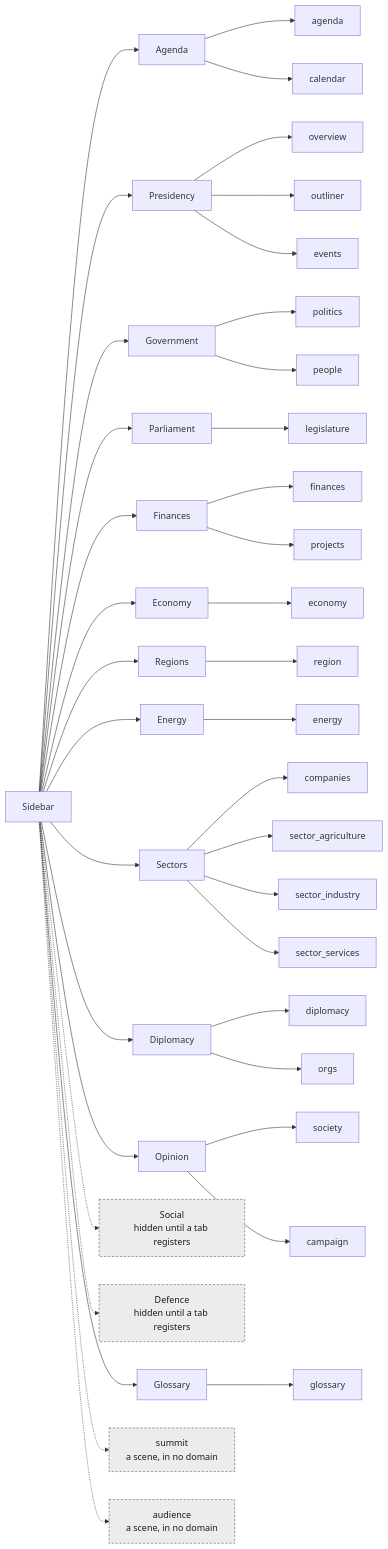
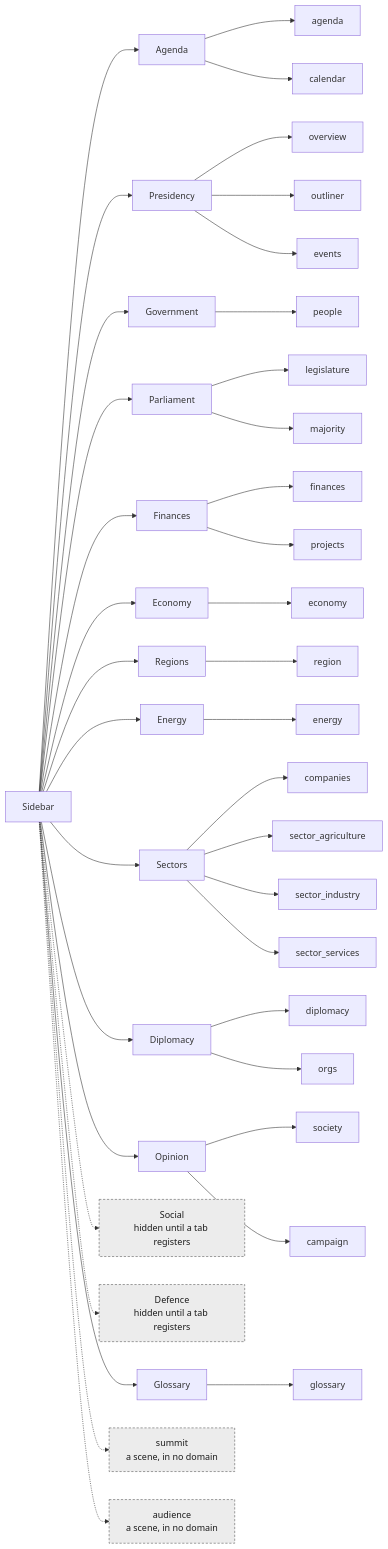
Before and after one commit to powerbassist/World-simulator: the diagram in docs/shell.md, drawn with Mermaid. The commit also changed 27 other files, not shown here.

First line of the commit message:
Majority tab in Parliament; Politics retires

````diff
--- a/docs/shell.md
+++ b/docs/shell.md
@@ -25,43 +25,43 @@
 ```mermaid
 flowchart LR
   sb["Sidebar"]
   sb --> d_agenda["Agenda"]
   d_agenda --> t_agenda["agenda"]
   d_agenda --> t_calendar["calendar"]
   sb --> d_presidency["Presidency"]
   d_presidency --> t_overview["overview"]
   d_presidency --> t_outliner["outliner"]
   d_presidency --> t_events["events"]
   sb --> d_government["Government"]
-  d_government --> t_politics["politics"]
   d_government --> t_people["people"]
   sb --> d_parliament["Parliament"]
   d_parliament --> t_legislature["legislature"]
+  d_parliament --> t_majority["majority"]
   sb --> d_finances["Finances"]
   d_finances --> t_finances["finances"]
   d_finances --> t_projects["projects"]
   sb --> d_economy["Economy"]
   d_economy --> t_economy["economy"]
   sb --> d_territory["Regions"]
   d_territory --> t_region["region"]
   sb --> d_energy["Energy"]
   d_energy --> t_energy["energy"]
   sb --> d_sectors["Sectors"]
   d_sectors --> t_companies["companies"]
   d_sectors --> t_sector_agriculture["sector_agriculture"]
   d_sectors --> t_sector_industry["sector_industry"]
   d_sectors --> t_sector_services["sector_services"]
   sb --> d_diplomacy["Diplomacy"]
   d_diplomacy --> t_diplomacy["diplomacy"]
   d_diplomacy --> t_orgs["orgs"]
   sb --> d_opinion["Opinion"]
   d_opinion --> t_society["society"]
   d_opinion --> t_campaign["campaign"]
   sb -.-> d_social["Social<br/>hidden until a tab registers"]:::hidden
   sb -.-> d_defence["Defence<br/>hidden until a tab registers"]:::hidden
   sb --> d_glossary["Glossary"]
   d_glossary --> t_glossary["glossary"]
   sb -.-> s_summit["summit<br/>a scene, in no domain"]:::hidden
   sb -.-> s_audience["audience<br/>a scene, in no domain"]:::hidden
   classDef hidden stroke-dasharray:4 3,fill:#ececec,stroke:#555,color:#1a1a1a
 ```
````
